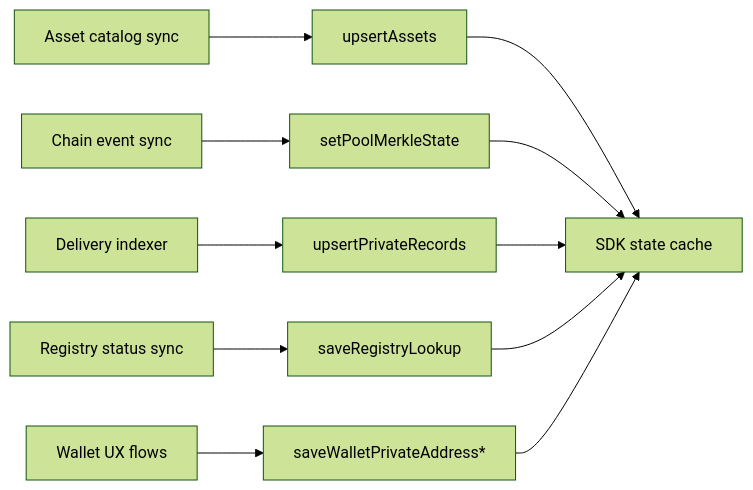
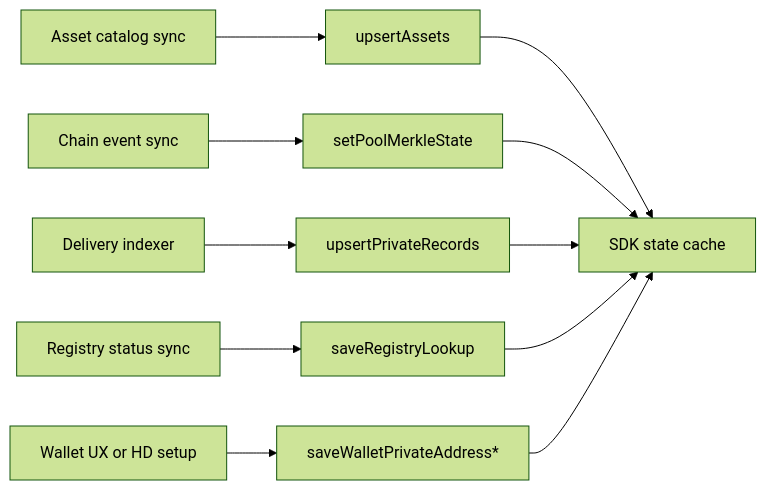
One commit to Polynom-Labs/privacy-layer-confidential-sdk changed the diagram in docs/integration/data-sources.mdx. Above: the diagram before and after it, drawn with Mermaid (forest theme). The commit also changed other lines of this file and 19 other files, not shown here.

````diff
--- a/docs/integration/data-sources.mdx
+++ b/docs/integration/data-sources.mdx
@@ -18,20 +18,20 @@
 ```mermaid
 flowchart LR
   AssetsCatalog[Asset catalog sync]
   ChainSync[Chain event sync]
   Deliveries[Delivery indexer]
   Registry[Registry status sync]
-  WalletUX[Wallet UX flows]
+  WalletUX[Wallet UX or HD setup]
 
   AssetsCatalog --> UpsertAssets[upsertAssets]
   ChainSync --> PoolState[setPoolMerkleState]
   Deliveries --> Records[upsertPrivateRecords]
   Registry --> Lookup[saveRegistryLookup]
   WalletUX --> WalletKeys[saveWalletPrivateAddress*]
 
   UpsertAssets --> SDKState[SDK state cache]
   PoolState --> SDKState
   Records --> SDKState
   Lookup --> SDKState
   WalletKeys --> SDKState
 ```
````
